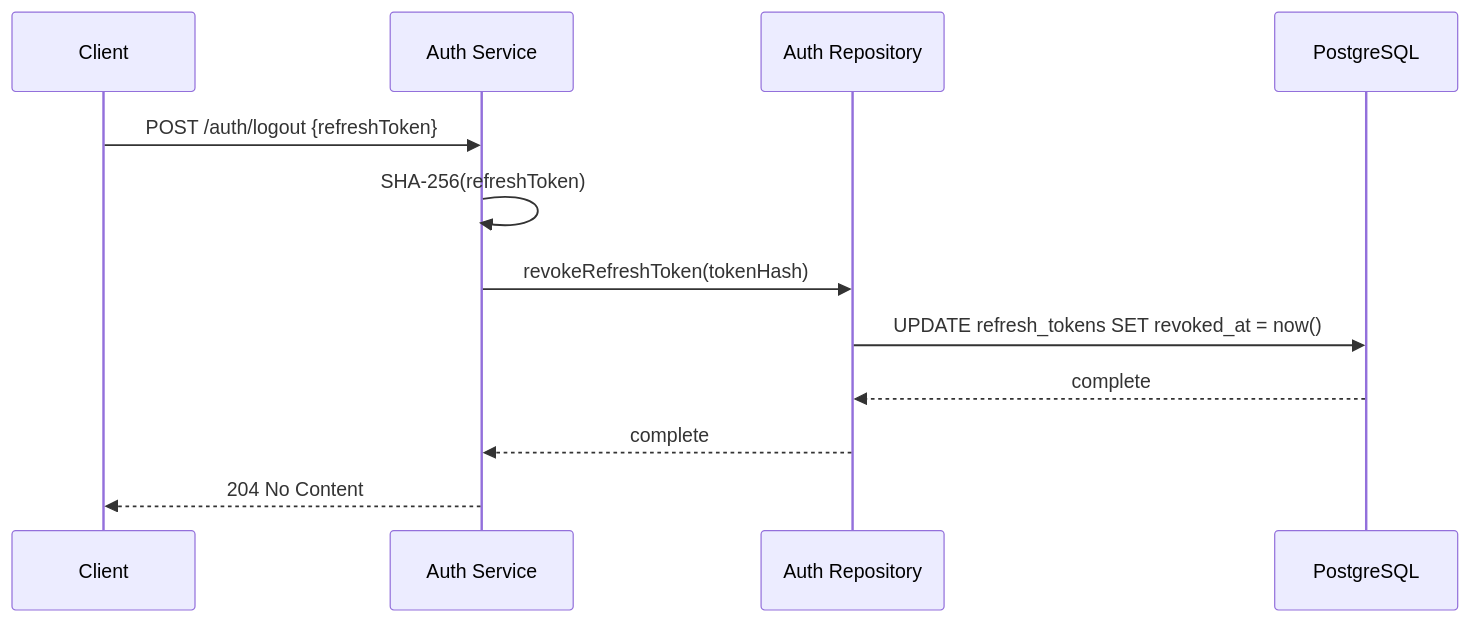
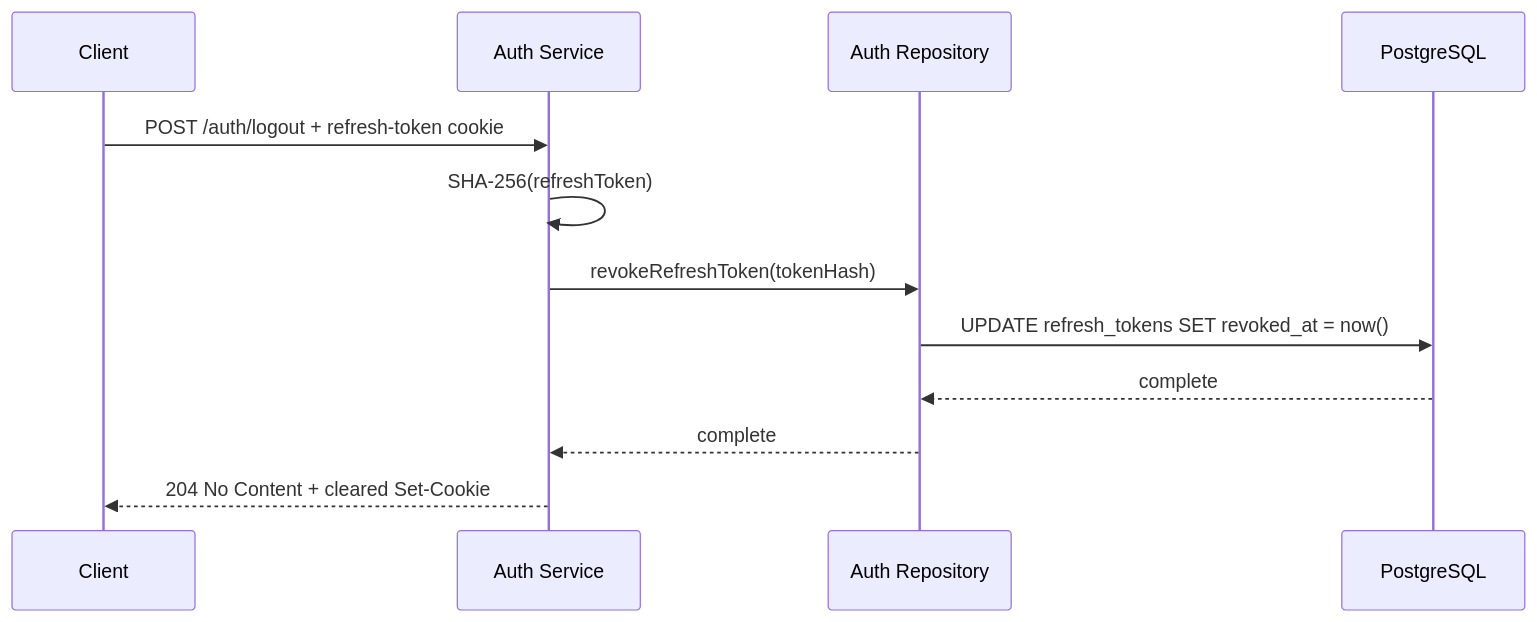
Before and after one commit to BuiNgocThuc/teamflow-api: the fourth of 4 diagrams in docs/login-authentication-architecture.md, drawn with Mermaid. The commit also changed other lines of this file and 26 other files, not shown here.

Commit message:
feat/task-workflow, rate-limiting for auth, cronjob for deleting redundant refresh_token

````diff
--- a/docs/login-authentication-architecture.md
+++ b/docs/login-authentication-architecture.md
@@ -119,15 +123,15 @@
 ```mermaid
 sequenceDiagram
     participant Client
     participant Service as Auth Service
     participant Repository as Auth Repository
     participant DB as PostgreSQL
 
-    Client->>Service: POST /auth/logout {refreshToken}
+    Client->>Service: POST /auth/logout + refresh-token cookie
     Service->>Service: SHA-256(refreshToken)
     Service->>Repository: revokeRefreshToken(tokenHash)
     Repository->>DB: UPDATE refresh_tokens SET revoked_at = now()
     DB-->>Repository: complete
     Repository-->>Service: complete
-    Service-->>Client: 204 No Content
+    Service-->>Client: 204 No Content + cleared Set-Cookie
 ```
````
